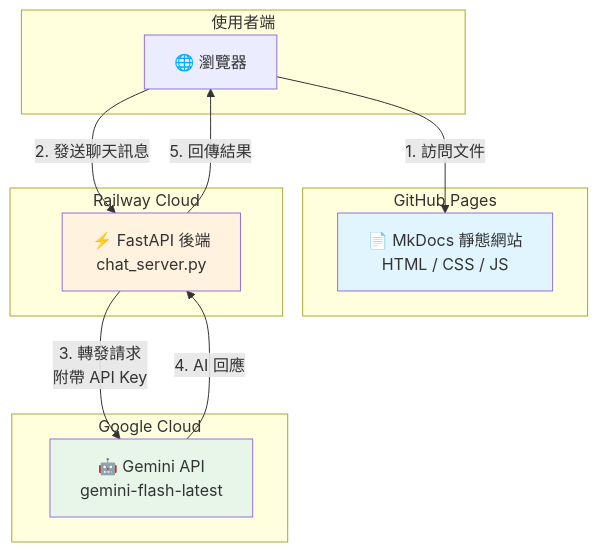
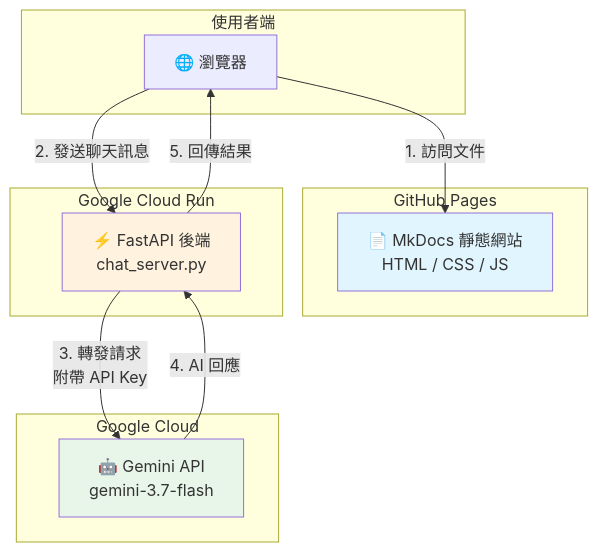
The diagram in README.md (CaoCharles/dcka-class-notes), drawn with Mermaid before and after one commit. The commit also changed other lines of this file and 1 other file, not shown here.

First line of the commit message:
docs: 同步 README 與實際部署架構（Cloud Run + Gemini 3.7 Flash）

````diff
--- a/README.md
+++ b/README.md
@@ -56,28 +58,28 @@
 ```mermaid
 flowchart TB
     subgraph 使用者端
         Browser[🌐 瀏覽器]
     end
 
     subgraph GitHub Pages
         Frontend[📄 MkDocs 靜態網站<br/>HTML / CSS / JS]
     end
 
-    subgraph Railway Cloud
+    subgraph Google Cloud Run
         Backend[⚡ FastAPI 後端<br/>chat_server.py]
     end
 
     subgraph Google Cloud
-        Gemini[🤖 Gemini API<br/>gemini-flash-latest]
+        Gemini[🤖 Gemini API<br/>gemini-3.7-flash]
     end
 
     Browser -->|1. 訪問文件| Frontend
     Browser -->|2. 發送聊天訊息| Backend
     Backend -->|3. 轉發請求<br/>附帶 API Key| Gemini
     Gemini -->|4. AI 回應| Backend
     Backend -->|5. 回傳結果| Browser
 
     style Frontend fill:#e1f5fe
     style Backend fill:#fff3e0
     style Gemini fill:#e8f5e9
 ```
````
